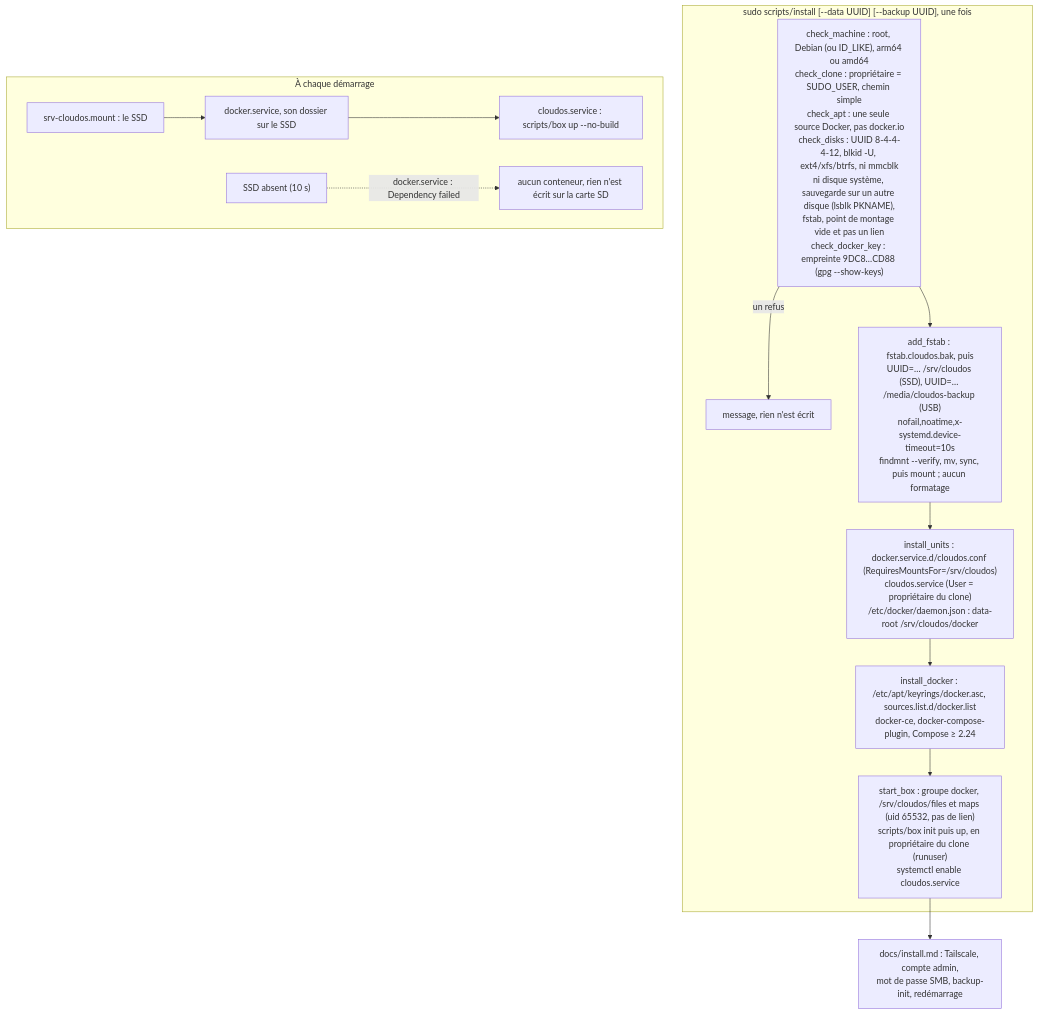
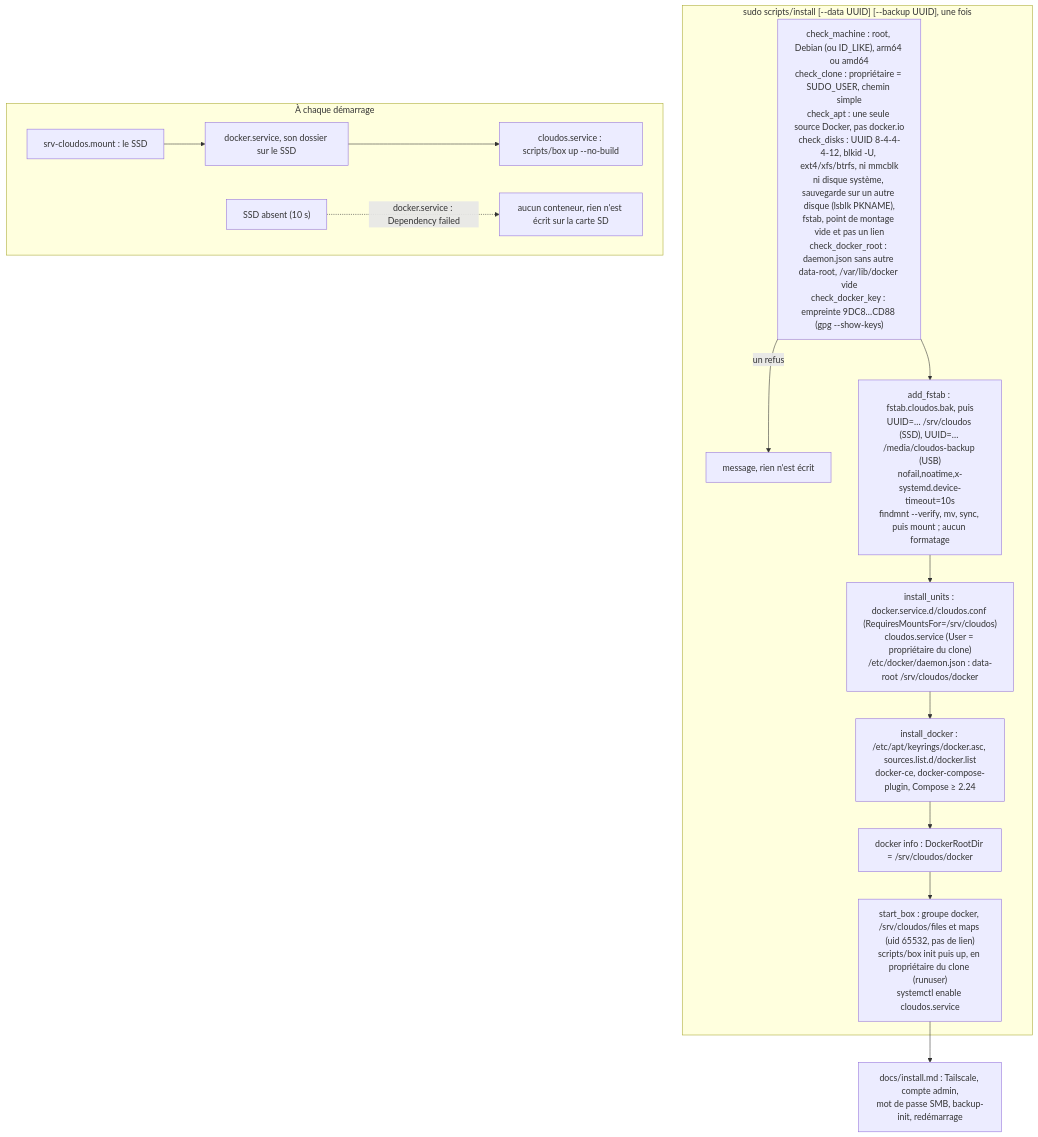
Before and after one commit to C2-POLY/cloud-os: the second of 3 diagrams in docs/architecture/box.md, drawn with Mermaid. The commit also changed other lines of this file and 3 other files, not shown here.

First line of the commit message:
fix(box): refuse a Docker folder that would keep the database off the SSD

````diff
--- a/docs/architecture/box.md
+++ b/docs/architecture/box.md
@@ -85,17 +85,18 @@
 ```mermaid
 flowchart TD
   subgraph install["sudo scripts/install [--data UUID] [--backup UUID], une fois"]
-    checks["check_machine : root, Debian (ou ID_LIKE), arm64 ou amd64<br/>check_clone : propriétaire = SUDO_USER, chemin simple<br/>check_apt : une seule source Docker, pas docker.io<br/>check_disks : UUID 8-4-4-4-12, blkid -U, ext4/xfs/btrfs, ni mmcblk<br/>ni disque système, sauvegarde sur un autre disque (lsblk PKNAME),<br/>fstab, point de montage vide et pas un lien<br/>check_docker_key : empreinte 9DC8…CD88 (gpg --show-keys)"]
+    checks["check_machine : root, Debian (ou ID_LIKE), arm64 ou amd64<br/>check_clone : propriétaire = SUDO_USER, chemin simple<br/>check_apt : une seule source Docker, pas docker.io<br/>check_disks : UUID 8-4-4-4-12, blkid -U, ext4/xfs/btrfs, ni mmcblk<br/>ni disque système, sauvegarde sur un autre disque (lsblk PKNAME),<br/>fstab, point de montage vide et pas un lien<br/>check_docker_root : daemon.json sans autre data-root, /var/lib/docker vide<br/>check_docker_key : empreinte 9DC8…CD88 (gpg --show-keys)"]
     checks -- "un refus" --> stop1["message, rien n'est écrit"]
     checks --> disks["add_fstab : fstab.cloudos.bak, puis<br/>UUID=… /srv/cloudos (SSD), UUID=… /media/cloudos-backup (USB)<br/>nofail,noatime,x-systemd.device-timeout=10s<br/>findmnt --verify, mv, sync, puis mount ; aucun formatage"]
     disks --> units["install_units : docker.service.d/cloudos.conf (RequiresMountsFor=/srv/cloudos)<br/>cloudos.service (User = propriétaire du clone)<br/>/etc/docker/daemon.json : data-root /srv/cloudos/docker"]
     units --> apt["install_docker : /etc/apt/keyrings/docker.asc, sources.list.d/docker.list<br/>docker-ce, docker-compose-plugin, Compose ≥ 2.24"]
-    apt --> box["start_box : groupe docker, /srv/cloudos/files et maps (uid 65532, pas de lien)<br/>scripts/box init puis up, en propriétaire du clone (runuser)<br/>systemctl enable cloudos.service"]
+    apt --> rootdir["docker info : DockerRootDir = /srv/cloudos/docker"]
+    rootdir --> box["start_box : groupe docker, /srv/cloudos/files et maps (uid 65532, pas de lien)<br/>scripts/box init puis up, en propriétaire du clone (runuser)<br/>systemctl enable cloudos.service"]
   end
   subgraph boot["À chaque démarrage"]
     mount["srv-cloudos.mount : le SSD"] --> docker["docker.service, son dossier sur le SSD"]
     docker --> svc["cloudos.service : scripts/box up --no-build"]
     nossd["SSD absent (10 s)"] -. "docker.service : Dependency failed" .-> sd["aucun conteneur, rien n'est écrit sur la carte SD"]
   end
   box --> guide["docs/install.md : Tailscale, compte admin,<br/>mot de passe SMB, backup-init, redémarrage"]
 ```
````
